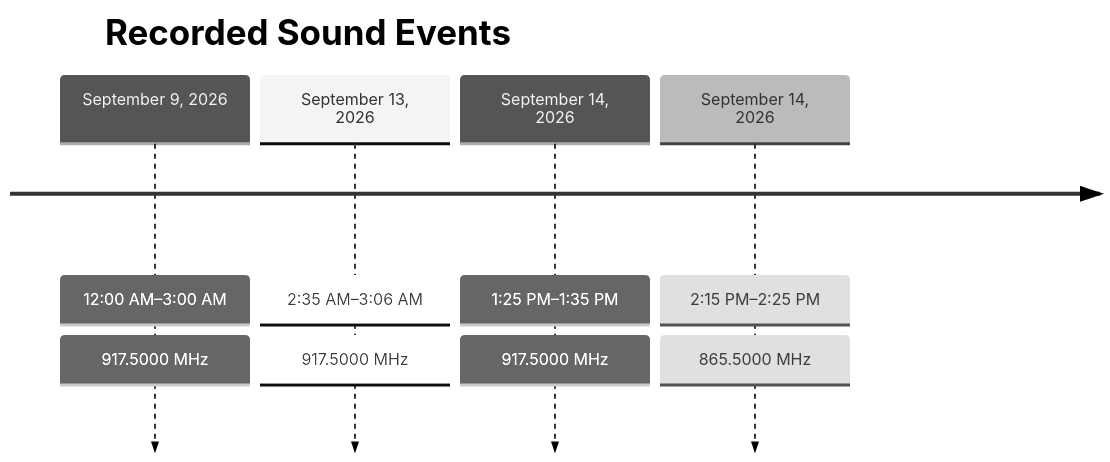
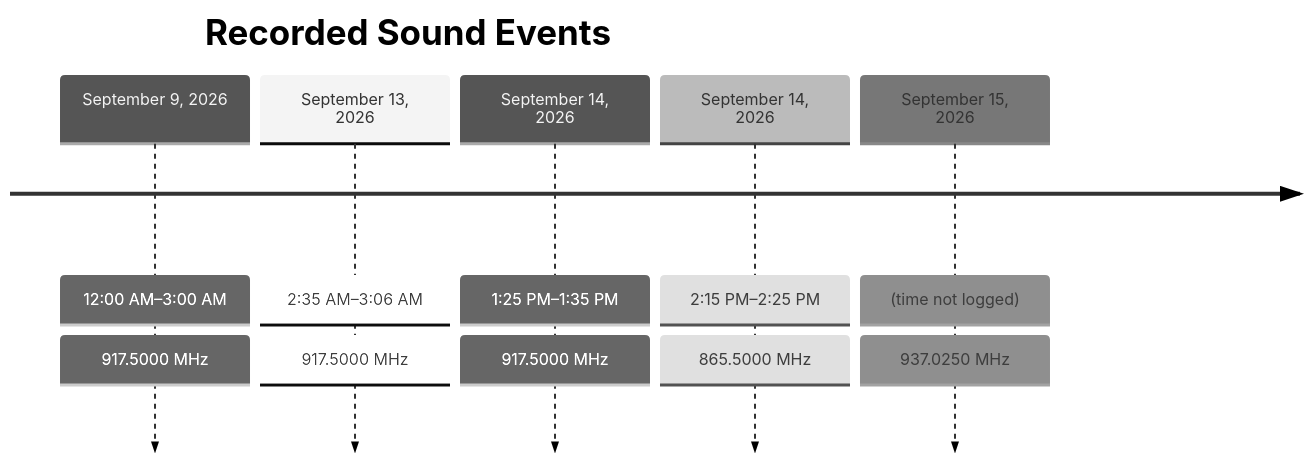
One commit to DuckyOnQuack-999/ELECTROMAGNETIC-AUDIO-TRANSDUCTION changed the sixth of 9 diagrams in README.md. Above: the diagram before and after it, drawn with Mermaid (neutral theme). The commit also changed other lines of this file, not shown here.

````diff
--- a/README.md
+++ b/README.md
@@ -417,8 +496,9 @@
 ```mermaid
 timeline
     title Recorded Sound Events
     September 9, 2026 : 12:00 AM–3:00 AM : 917.5000 MHz
     September 13, 2026 : 2:35 AM–3:06 AM : 917.5000 MHz
     September 14, 2026 : 1:25 PM–1:35 PM : 917.5000 MHz
     September 14, 2026 : 2:15 PM–2:25 PM : 865.5000 MHz
+    September 15, 2026 : (time not logged) : 937.0250 MHz
 ```
````
